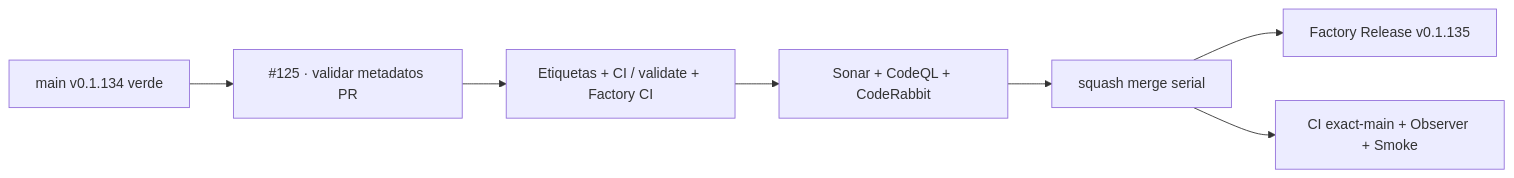
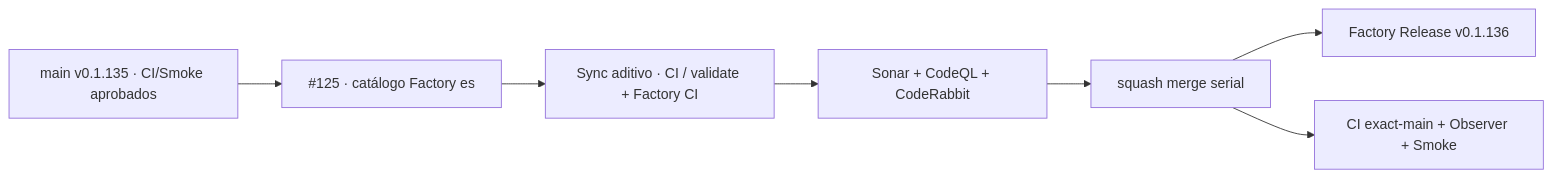
The diagram in README.md (pl0n3r/GrindFlow), drawn with Mermaid before and after one commit. The commit also changed other lines of this file, not shown here.

Commit message:
docs(governance): snapshot de catálogo aditivo v0.1.136

````diff
--- a/README.md
+++ b/README.md
@@ -47,9 +47,9 @@
 ```mermaid
 flowchart LR
-  A["main v0.1.134 verde"] --> P["#125 · validar metadatos PR"]
-  P --> F["Etiquetas + CI / validate + Factory CI"]
+  A["main v0.1.135 · CI/Smoke aprobados"] --> P["#125 · catálogo Factory es"]
+  P --> F["Sync aditivo · CI / validate + Factory CI"]
   F --> Q["Sonar + CodeQL + CodeRabbit"]
   Q --> M["squash merge serial"]
-  M --> R["Factory Release v0.1.135"]
+  M --> R["Factory Release v0.1.136"]
   M --> X["CI exact-main + Observer + Smoke"]
 ```
````
